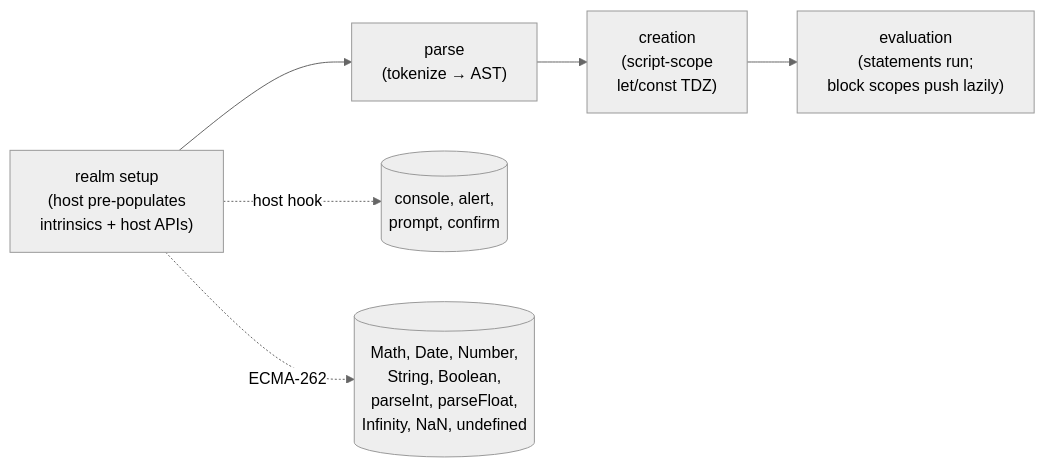
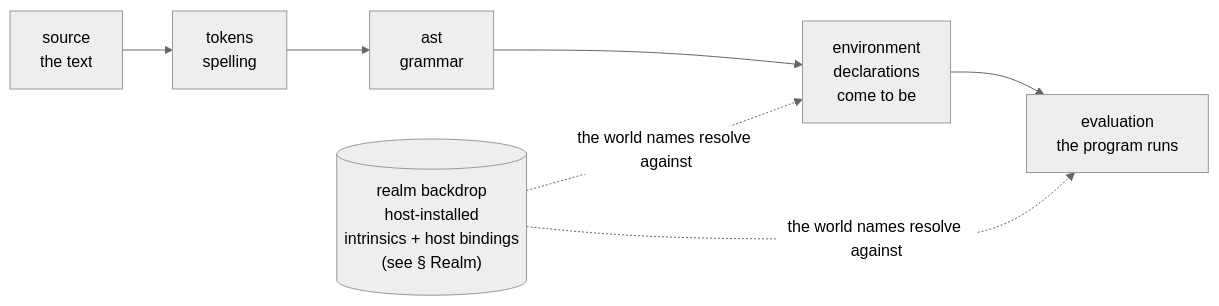
One commit to codeschoolinabox/curricula changed the first of 5 diagrams in src/lib/study-lenses/language-levels/jej/notional-machine.md. Above: the diagram before and after it, drawn with Mermaid (neutral theme). The commit also changed other lines of this file, not shown here.

````diff
--- a/src/lib/study-lenses/language-levels/jej/notional-machine.md
+++ b/src/lib/study-lenses/language-levels/jej/notional-machine.md
@@ -68,12 +70,14 @@
 ```mermaid
 flowchart LR
-    R0["realm setup<br/>(host pre-populates<br/>intrinsics + host APIs)"]
-    P1["parse<br/>(tokenize → AST)"]
-    C2["creation<br/>(script-scope<br/>let/const TDZ)"]
-    E3["evaluation<br/>(statements run;<br/>block scopes push lazily)"]
+    S["source<br/>the text"]
+    T["tokens<br/>spelling"]
+    A["ast<br/>grammar"]
+    E["environment<br/>declarations<br/>come to be"]
+    V["evaluation<br/>the program runs"]
 
-    R0 --> P1 --> C2 --> E3
+    S --> T --> A --> E --> V
 
-    R0 -.->|host hook| R0a[("console, alert,<br/>prompt, confirm")]
-    R0 -.->|ECMA-262| R0b[("Math, Date, Number,<br/>String, Boolean,<br/>parseInt, parseFloat,<br/>Infinity, NaN, undefined")]
+    realm[("realm backdrop<br/>host-installed<br/>intrinsics + host bindings<br/>(see § Realm)")]
+    realm -.->|the world names resolve against| E
+    realm -.->|the world names resolve against| V
 ```
````
